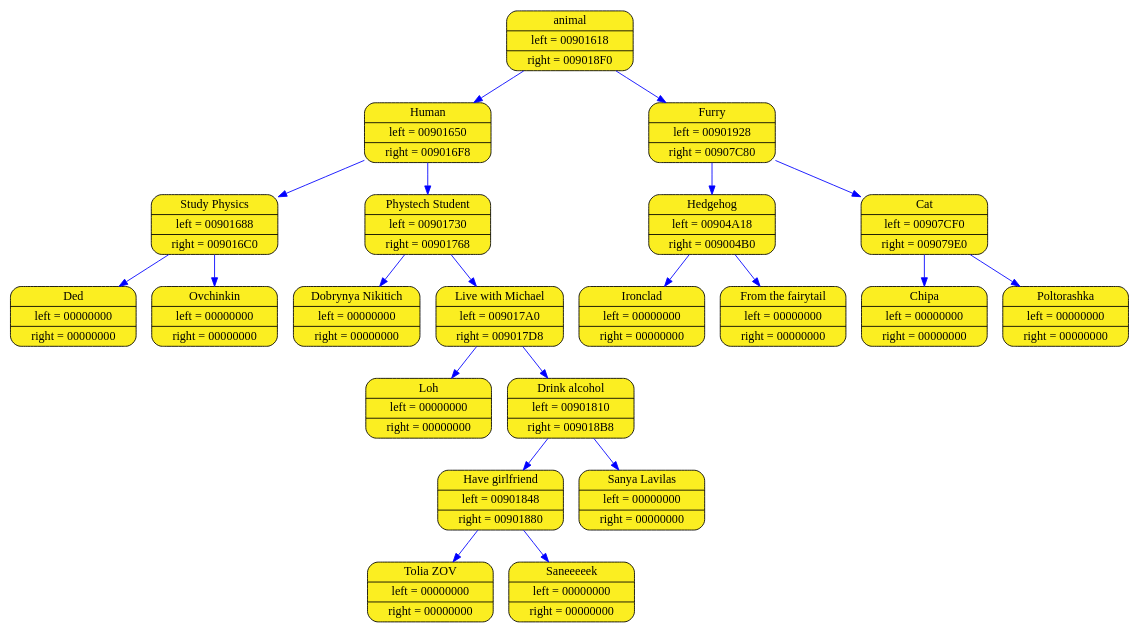
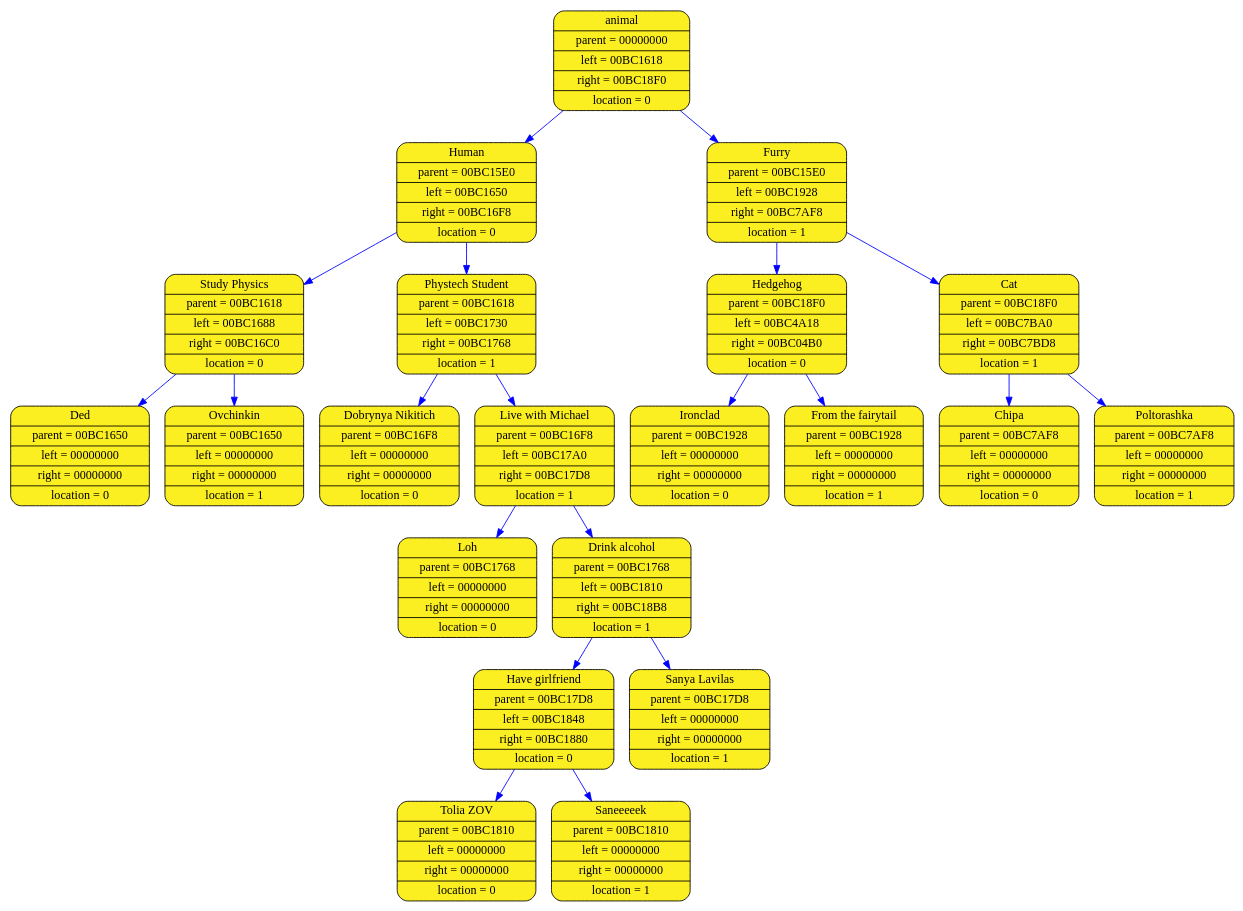
Before and after one commit to aywert/ACINATOR: the diagram in log_folder_acinator/acinator_graph.dot, drawn with Graphviz. The commit also changed 4 other files, not shown here.

```diff
--- a/log_folder_acinator/acinator_graph.dot
+++ b/log_folder_acinator/acinator_graph.dot
@@ -1,45 +1,45 @@
 digraph list
 {
 rankdir=HR;
-	9442788 [shape = Mrecord; style = filled; fillcolor="#FBEE21"; color = "#000000"; fontcolor = "#000000"; label = "{ animal| left = 00901618| right = 009018F0}"];
-	9442844 [shape = Mrecord; style = filled; fillcolor="#FBEE21"; color = "#000000"; fontcolor = "#000000"; label = "{ Human| left = 00901650| right = 009016F8}"];
-	9442788 -> 9442844 [color="blue"]
-	9442900 [shape = Mrecord; style = filled; fillcolor="#FBEE21"; color = "#000000"; fontcolor = "#000000"; label = "{ Study Physics| left = 00901688| right = 009016C0}"];
-	9442844 -> 9442900 [color="blue"]
-	9442956 [shape = Mrecord; style = filled; fillcolor="#FBEE21"; color = "#000000"; fontcolor = "#000000"; label = "{ Ded| left = 00000000| right = 00000000}"];
-	9442900 -> 9442956 [color="blue"]
-	9443012 [shape = Mrecord; style = filled; fillcolor="#FBEE21"; color = "#000000"; fontcolor = "#000000"; label = "{ Ovchinkin| left = 00000000| right = 00000000}"];
-	9442900 -> 9443012 [color="blue"]
-	9443068 [shape = Mrecord; style = filled; fillcolor="#FBEE21"; color = "#000000"; fontcolor = "#000000"; label = "{ Phystech Student| left = 00901730| right = 00901768}"];
-	9442844 -> 9443068 [color="blue"]
-	9443124 [shape = Mrecord; style = filled; fillcolor="#FBEE21"; color = "#000000"; fontcolor = "#000000"; label = "{ Dobrynya Nikitich| left = 00000000| right = 00000000}"];
-	9443068 -> 9443124 [color="blue"]
-	9443180 [shape = Mrecord; style = filled; fillcolor="#FBEE21"; color = "#000000"; fontcolor = "#000000"; label = "{ Live with Michael| left = 009017A0| right = 009017D8}"];
-	9443068 -> 9443180 [color="blue"]
-	9443236 [shape = Mrecord; style = filled; fillcolor="#FBEE21"; color = "#000000"; fontcolor = "#000000"; label = "{ Loh| left = 00000000| right = 00000000}"];
-	9443180 -> 9443236 [color="blue"]
-	9443292 [shape = Mrecord; style = filled; fillcolor="#FBEE21"; color = "#000000"; fontcolor = "#000000"; label = "{ Drink alcohol| left = 00901810| right = 009018B8}"];
-	9443180 -> 9443292 [color="blue"]
-	9443348 [shape = Mrecord; style = filled; fillcolor="#FBEE21"; color = "#000000"; fontcolor = "#000000"; label = "{ Have girlfriend| left = 00901848| right = 00901880}"];
-	9443292 -> 9443348 [color="blue"]
-	9443404 [shape = Mrecord; style = filled; fillcolor="#FBEE21"; color = "#000000"; fontcolor = "#000000"; label = "{ Tolia ZOV| left = 00000000| right = 00000000}"];
-	9443348 -> 9443404 [color="blue"]
-	9443460 [shape = Mrecord; style = filled; fillcolor="#FBEE21"; color = "#000000"; fontcolor = "#000000"; label = "{ Saneeeeek| left = 00000000| right = 00000000}"];
-	9443348 -> 9443460 [color="blue"]
-	9443516 [shape = Mrecord; style = filled; fillcolor="#FBEE21"; color = "#000000"; fontcolor = "#000000"; label = "{ Sanya Lavilas| left = 00000000| right = 00000000}"];
-	9443292 -> 9443516 [color="blue"]
-	9443572 [shape = Mrecord; style = filled; fillcolor="#FBEE21"; color = "#000000"; fontcolor = "#000000"; label = "{ Furry| left = 00901928| right = 00907C80}"];
-	9442788 -> 9443572 [color="blue"]
-	9443628 [shape = Mrecord; style = filled; fillcolor="#FBEE21"; color = "#000000"; fontcolor = "#000000"; label = "{ Hedgehog| left = 00904A18| right = 009004B0}"];
-	9443572 -> 9443628 [color="blue"]
-	9456156 [shape = Mrecord; style = filled; fillcolor="#FBEE21"; color = "#000000"; fontcolor = "#000000"; label = "{ Ironclad| left = 00000000| right = 00000000}"];
-	9443628 -> 9456156 [color="blue"]
-	9438388 [shape = Mrecord; style = filled; fillcolor="#FBEE21"; color = "#000000"; fontcolor = "#000000"; label = "{ From the fairytail| left = 00000000| right = 00000000}"];
-	9443628 -> 9438388 [color="blue"]
-	9469060 [shape = Mrecord; style = filled; fillcolor="#FBEE21"; color = "#000000"; fontcolor = "#000000"; label = "{ Cat| left = 00907CF0| right = 009079E0}"];
-	9443572 -> 9469060 [color="blue"]
-	9469172 [shape = Mrecord; style = filled; fillcolor="#FBEE21"; color = "#000000"; fontcolor = "#000000"; label = "{ Chipa| left = 00000000| right = 00000000}"];
-	9469060 -> 9469172 [color="blue"]
-	9468388 [shape = Mrecord; style = filled; fillcolor="#FBEE21"; color = "#000000"; fontcolor = "#000000"; label = "{ Poltorashka| left = 00000000| right = 00000000}"];
-	9469060 -> 9468388 [color="blue"]
+	12326372 [shape = Mrecord; style = filled; fillcolor="#FBEE21"; color = "#000000"; fontcolor = "#000000"; label = "{ animal| parent = 00000000| left = 00BC1618| right = 00BC18F0| location = 0}"];
+	12326428 [shape = Mrecord; style = filled; fillcolor="#FBEE21"; color = "#000000"; fontcolor = "#000000"; label = "{ Human| parent = 00BC15E0| left = 00BC1650| right = 00BC16F8| location = 0}"];
+	12326372 -> 12326428 [color="blue"]
+	12326484 [shape = Mrecord; style = filled; fillcolor="#FBEE21"; color = "#000000"; fontcolor = "#000000"; label = "{ Study Physics| parent = 00BC1618| left = 00BC1688| right = 00BC16C0| location = 0}"];
+	12326428 -> 12326484 [color="blue"]
+	12326540 [shape = Mrecord; style = filled; fillcolor="#FBEE21"; color = "#000000"; fontcolor = "#000000"; label = "{ Ded| parent = 00BC1650| left = 00000000| right = 00000000| location = 0}"];
+	12326484 -> 12326540 [color="blue"]
+	12326596 [shape = Mrecord; style = filled; fillcolor="#FBEE21"; color = "#000000"; fontcolor = "#000000"; label = "{ Ovchinkin| parent = 00BC1650| left = 00000000| right = 00000000| location = 1}"];
+	12326484 -> 12326596 [color="blue"]
+	12326652 [shape = Mrecord; style = filled; fillcolor="#FBEE21"; color = "#000000"; fontcolor = "#000000"; label = "{ Phystech Student| parent = 00BC1618| left = 00BC1730| right = 00BC1768| location = 1}"];
+	12326428 -> 12326652 [color="blue"]
+	12326708 [shape = Mrecord; style = filled; fillcolor="#FBEE21"; color = "#000000"; fontcolor = "#000000"; label = "{ Dobrynya Nikitich| parent = 00BC16F8| left = 00000000| right = 00000000| location = 0}"];
+	12326652 -> 12326708 [color="blue"]
+	12326764 [shape = Mrecord; style = filled; fillcolor="#FBEE21"; color = "#000000"; fontcolor = "#000000"; label = "{ Live with Michael| parent = 00BC16F8| left = 00BC17A0| right = 00BC17D8| location = 1}"];
+	12326652 -> 12326764 [color="blue"]
+	12326820 [shape = Mrecord; style = filled; fillcolor="#FBEE21"; color = "#000000"; fontcolor = "#000000"; label = "{ Loh| parent = 00BC1768| left = 00000000| right = 00000000| location = 0}"];
+	12326764 -> 12326820 [color="blue"]
+	12326876 [shape = Mrecord; style = filled; fillcolor="#FBEE21"; color = "#000000"; fontcolor = "#000000"; label = "{ Drink alcohol| parent = 00BC1768| left = 00BC1810| right = 00BC18B8| location = 1}"];
+	12326764 -> 12326876 [color="blue"]
+	12326932 [shape = Mrecord; style = filled; fillcolor="#FBEE21"; color = "#000000"; fontcolor = "#000000"; label = "{ Have girlfriend| parent = 00BC17D8| left = 00BC1848| right = 00BC1880| location = 0}"];
+	12326876 -> 12326932 [color="blue"]
+	12326988 [shape = Mrecord; style = filled; fillcolor="#FBEE21"; color = "#000000"; fontcolor = "#000000"; label = "{ Tolia ZOV| parent = 00BC1810| left = 00000000| right = 00000000| location = 0}"];
+	12326932 -> 12326988 [color="blue"]
+	12327044 [shape = Mrecord; style = filled; fillcolor="#FBEE21"; color = "#000000"; fontcolor = "#000000"; label = "{ Saneeeeek| parent = 00BC1810| left = 00000000| right = 00000000| location = 1}"];
+	12326932 -> 12327044 [color="blue"]
+	12327100 [shape = Mrecord; style = filled; fillcolor="#FBEE21"; color = "#000000"; fontcolor = "#000000"; label = "{ Sanya Lavilas| parent = 00BC17D8| left = 00000000| right = 00000000| location = 1}"];
+	12326876 -> 12327100 [color="blue"]
+	12327156 [shape = Mrecord; style = filled; fillcolor="#FBEE21"; color = "#000000"; fontcolor = "#000000"; label = "{ Furry| parent = 00BC15E0| left = 00BC1928| right = 00BC7AF8| location = 1}"];
+	12326372 -> 12327156 [color="blue"]
+	12327212 [shape = Mrecord; style = filled; fillcolor="#FBEE21"; color = "#000000"; fontcolor = "#000000"; label = "{ Hedgehog| parent = 00BC18F0| left = 00BC4A18| right = 00BC04B0| location = 0}"];
+	12327156 -> 12327212 [color="blue"]
+	12339740 [shape = Mrecord; style = filled; fillcolor="#FBEE21"; color = "#000000"; fontcolor = "#000000"; label = "{ Ironclad| parent = 00BC1928| left = 00000000| right = 00000000| location = 0}"];
+	12327212 -> 12339740 [color="blue"]
+	12321972 [shape = Mrecord; style = filled; fillcolor="#FBEE21"; color = "#000000"; fontcolor = "#000000"; label = "{ From the fairytail| parent = 00BC1928| left = 00000000| right = 00000000| location = 1}"];
+	12327212 -> 12321972 [color="blue"]
+	12352252 [shape = Mrecord; style = filled; fillcolor="#FBEE21"; color = "#000000"; fontcolor = "#000000"; label = "{ Cat| parent = 00BC18F0| left = 00BC7BA0| right = 00BC7BD8| location = 1}"];
+	12327156 -> 12352252 [color="blue"]
+	12352420 [shape = Mrecord; style = filled; fillcolor="#FBEE21"; color = "#000000"; fontcolor = "#000000"; label = "{ Chipa| parent = 00BC7AF8| left = 00000000| right = 00000000| location = 0}"];
+	12352252 -> 12352420 [color="blue"]
+	12352476 [shape = Mrecord; style = filled; fillcolor="#FBEE21"; color = "#000000"; fontcolor = "#000000"; label = "{ Poltorashka| parent = 00BC7AF8| left = 00000000| right = 00000000| location = 1}"];
+	12352252 -> 12352476 [color="blue"]
 	}
```
